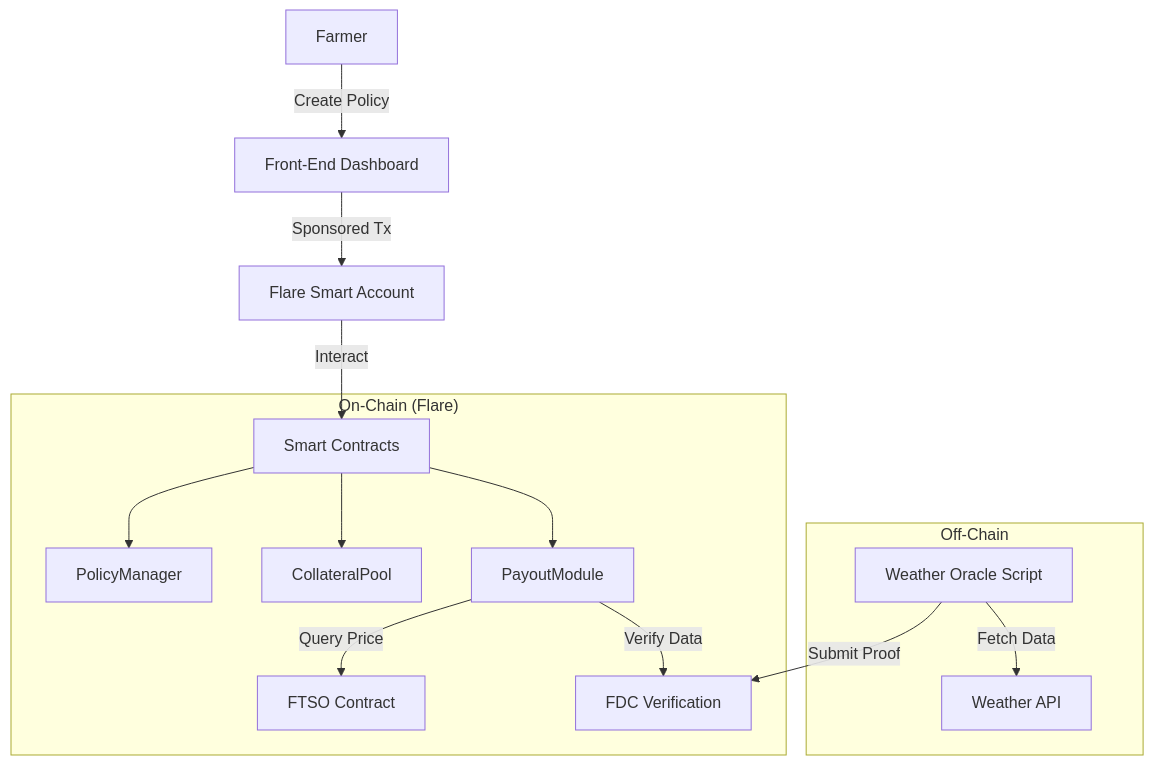
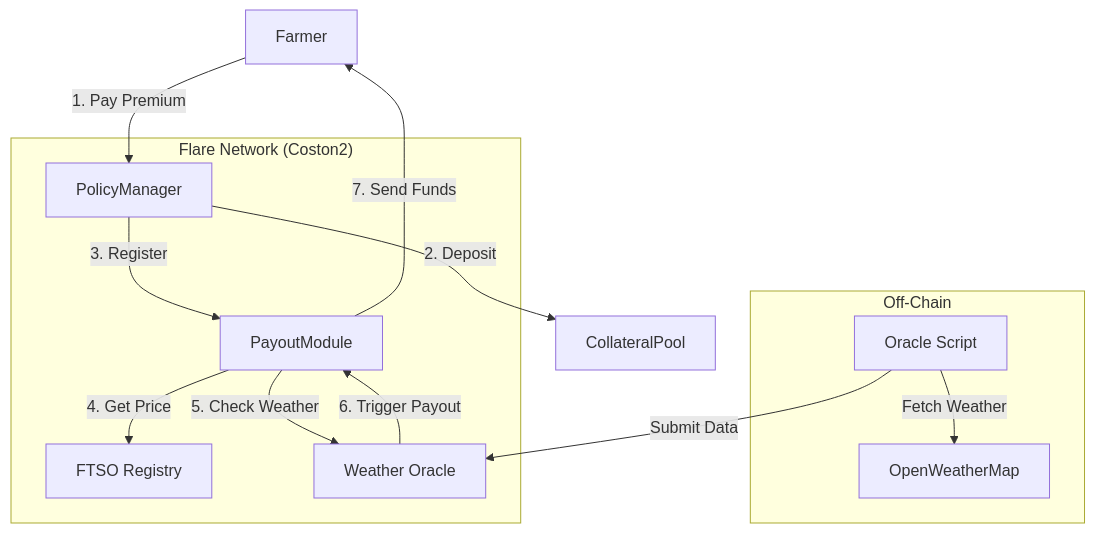
Before and after one commit to Atul-Chahar/CropGuard: the diagram in README.md, drawn with Mermaid. The commit also changed other lines of this file, not shown here.

````diff
--- a/README.md
+++ b/README.md
@@ -29,19 +85,19 @@
 ```mermaid
 graph TD
-    User[Farmer] -->|Create Policy| FE[Front-End Dashboard]
-    FE -->|Sponsored Tx| SA[Flare Smart Account]
-    SA -->|Interact| SC[Smart Contracts]
+    User[Farmer] -->|1. Pay Premium| PM[PolicyManager]
+    PM -->|2. Deposit| CP[CollateralPool]
     
-    subgraph "On-Chain (Flare)"
-        SC --> PM[PolicyManager]
-        SC --> CP[CollateralPool]
-        SC --> Pay[PayoutModule]
-        Pay -->|Query Price| FTSO[FTSO Contract]
-        Pay -->|Verify Data| FDC[FDC Verification]
+    subgraph "Flare Network (Coston2)"
+        PM -->|3. Register| Pay[PayoutModule]
+        Pay -->|4. Get Price| FTSO[FTSO Registry]
+        Pay -->|5. Check Weather| WO[Weather Oracle]
     end
     
     subgraph "Off-Chain"
-        Script[Weather Oracle Script] -->|Fetch Data| API[Weather API]
-        Script -->|Submit Proof| FDC
+        Script[Oracle Script] -->|Fetch Weather| API[OpenWeatherMap]
+        Script -->|Submit Data| WO
     end
+    
+    WO -->|6. Trigger Payout| Pay
+    Pay -->|7. Send Funds| User
 ```
````
